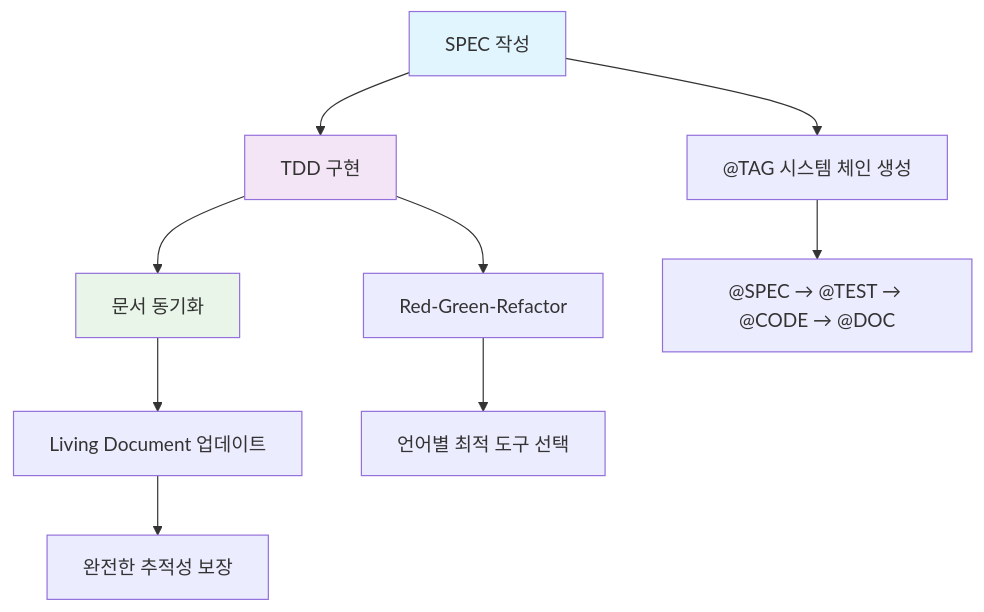
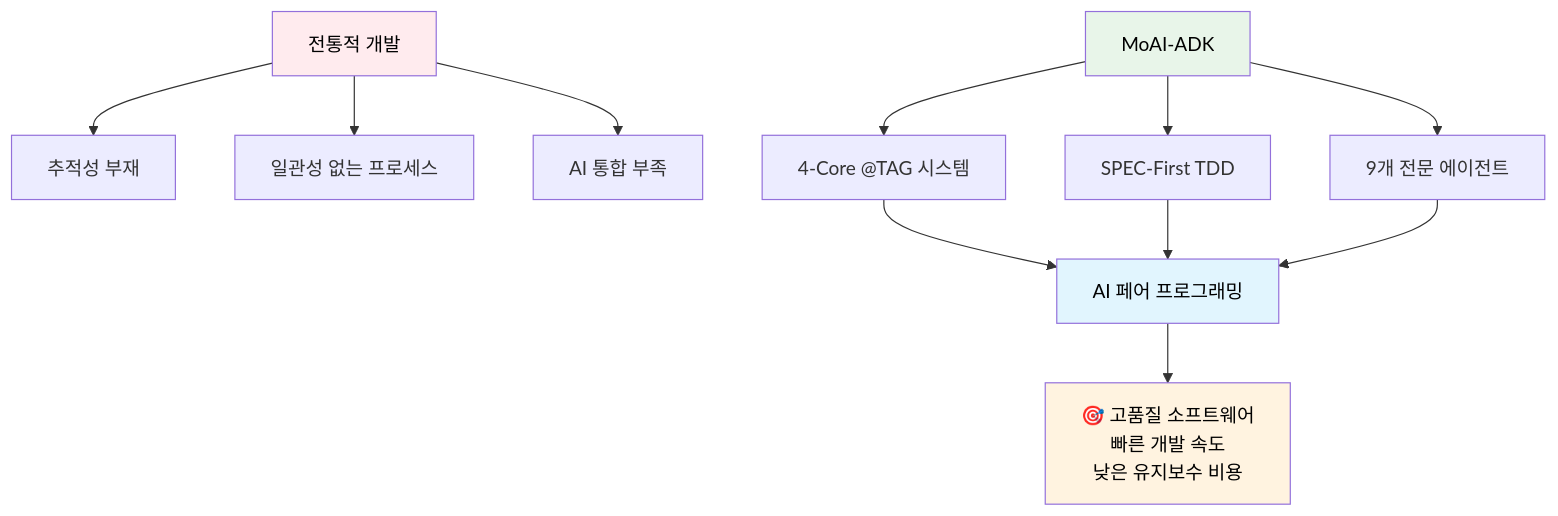
One commit to modu-ai/moai-adk changed the first of 4 diagrams in README.md. Above: the diagram before and after it, drawn with Mermaid. The commit also changed other lines of this file and 299 other files, not shown here.

First line of the commit message:
🎨 feat: Mermaid 다크/라이트 테마 대응 + trust-checker 통합

````diff
--- a/README.md
+++ b/README.md
@@ -27,15 +75,21 @@
 ```mermaid
 graph TB
-    A[SPEC 작성] --> B[TDD 구현] --> C[문서 동기화]
-    A --> D["@TAG 시스템 체인 생성"]
-    B --> E[Red-Green-Refactor]
-    C --> F[Living Document 업데이트]
+    A[전통적 개발] --> A1[추적성 부재]
+    A --> A2[일관성 없는 프로세스]
+    A --> A3[AI 통합 부족]
 
-    D --> G["@SPEC → @TEST → @CODE → @DOC"]
-    E --> H[언어별 최적 도구 선택]
-    F --> I[완전한 추적성 보장]
+    B[MoAI-ADK] --> B1[4-Core @TAG 시스템]
+    B --> B2[SPEC-First TDD]
+    B --> B3[9개 전문 에이전트]
 
-    style A fill:#e1f5fe
-    style B fill:#f3e5f5
-    style C fill:#e8f5e8
+    B1 --> C[완전한 추적성]
+    B2 --> C[체계적 개발]
+    B3 --> C[AI 페어 프로그래밍]
+
+    C --> D[🎯 고품질 소프트웨어<br/>빠른 개발 속도<br/>낮은 유지보수 비용]
+
+    style A fill:#ffebee,color:#000
+    style B fill:#e8f5e9,color:#000
+    style C fill:#e1f5fe,color:#000
+    style D fill:#fff3e0,color:#000
 ```
````
